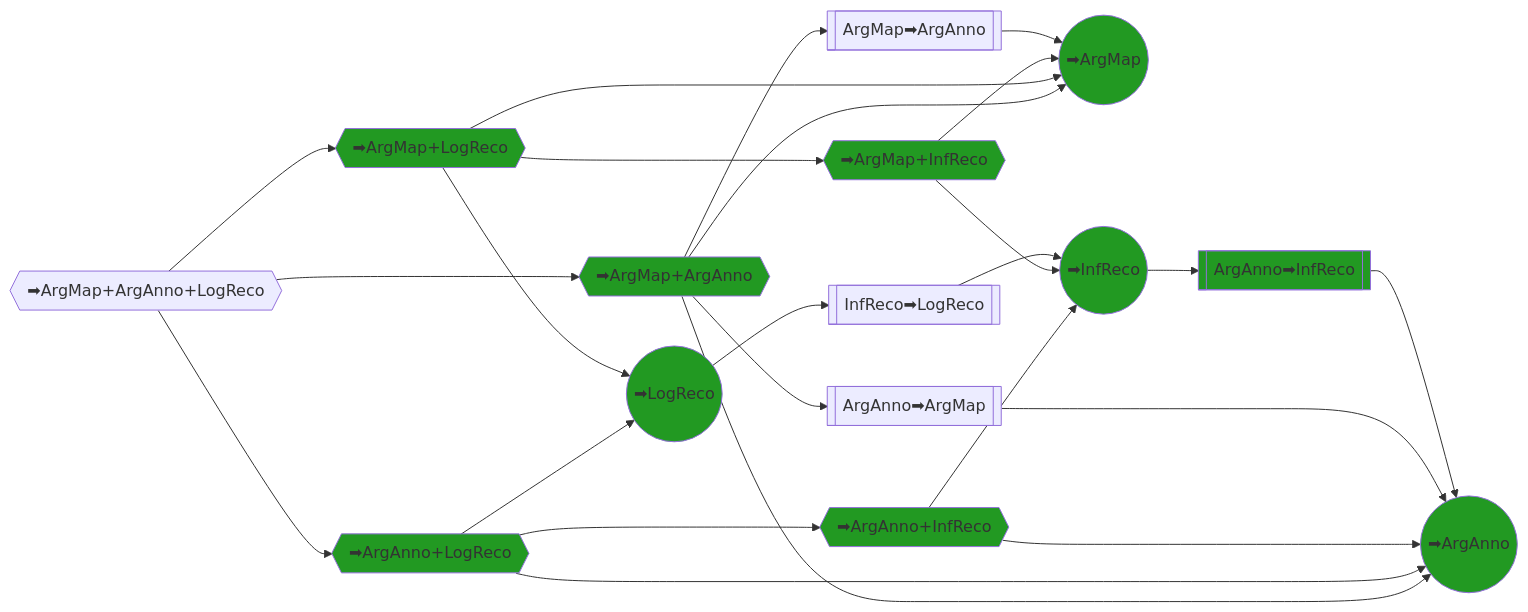
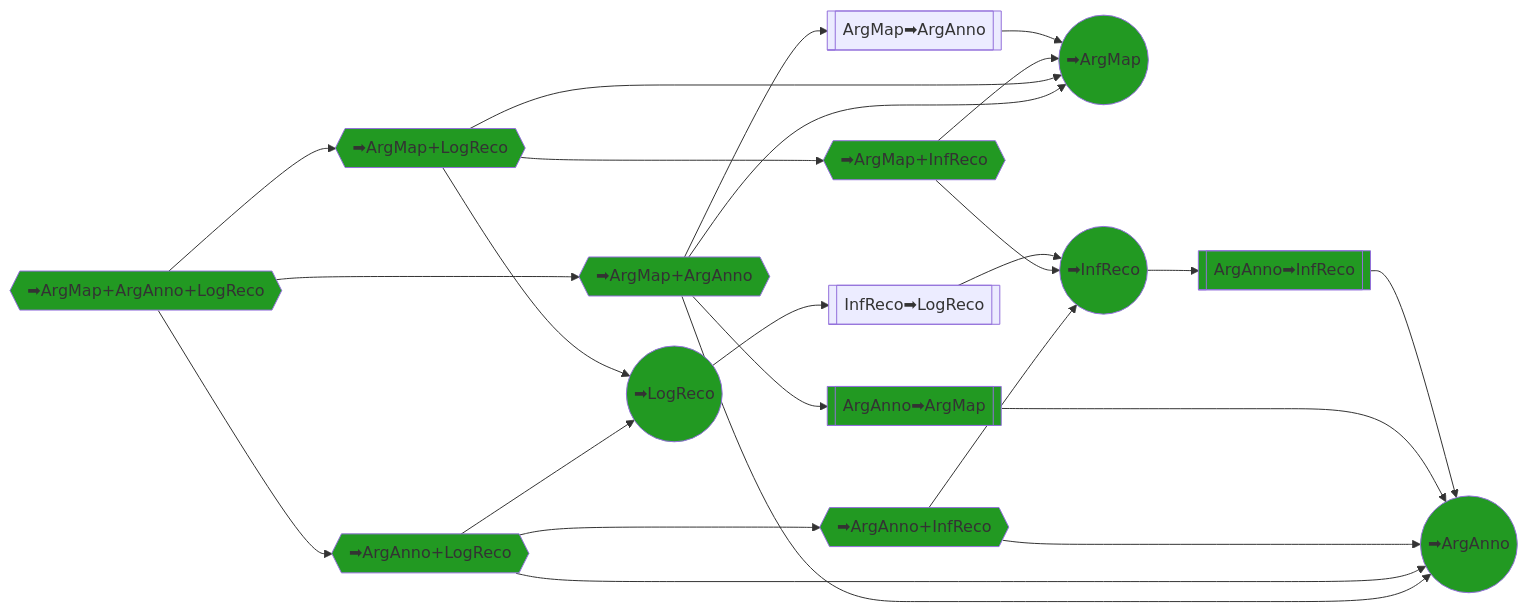
The third of 3 diagrams in README.md (debatelab/argdown-feedback), drawn with Mermaid before and after one commit. The commit also changed 6 other files, not shown here.

````diff
--- a/README.md
+++ b/README.md
@@ -53,54 +53,54 @@
 ```mermaid
 flowchart LR
 
 %%Top comprehensive tasks%%
 
 
 T1{{➡ArgMap+ArgAnno+LogReco}}
 
 T2{{➡ArgMap+ArgAnno}}
 T3{{➡ArgAnno+LogReco}}
 T4{{➡ArgMap+LogReco}}
 T9{{➡ArgAnno+InfReco}}
 T10{{➡ArgMap+InfReco}}
 
 T5((➡ArgMap))
 T6((➡ArgAnno))
 T7((➡LogReco))
 T8((➡InfReco))
 
 T1 --> T2 
 T1 --> T3 --> T9
 T1 --> T4 --> T10
 
 T2 --> T5
 T2 --> T6
 T3 --> T6
 T3 --> T7
 T4 --> T5
 T4 --> T7
 T9 --> T6
 T9 --> T8
 T10 --> T5
 T10 --> T8
 
 SE1[[ArgAnno➡ArgMap]]
 T2 --> SE1 --> T6
 
 SE2[[ArgMap➡ArgAnno]]
 T2 --> SE2 --> T5
 
 %%Logical reconstruction exercises%%
 
 SE3[[ArgAnno➡InfReco]]
 T8 --> SE3 --> T6
 
 
 SE4[[InfReco➡LogReco]]
 T7 --> SE4 --> T8
 
 classDef Completed fill:#292;
-class T2,T3,T4,T5,T6,T7,T8,T9,T10,SE3 Completed;
+class T1,T2,T3,T4,T5,T6,T7,T8,T9,T10,SE1,SE3 Completed;
 
 
 ```
````
